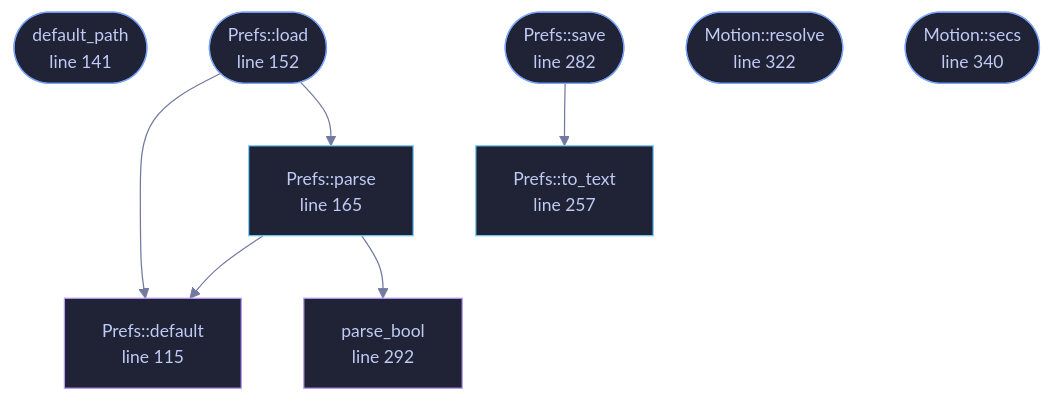
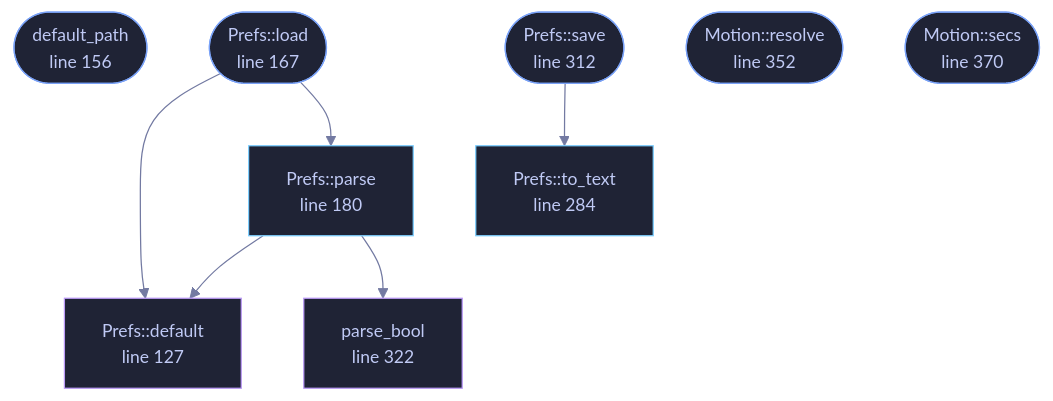
Before and after one commit to tilas01/veilvoice: the diagram in docs/files/veilvoice-gui/prefs.md, drawn with Mermaid. The commit also changed other lines of this file and 48 other files, not shown here.

````diff
--- a/docs/files/veilvoice-gui/prefs.md
+++ b/docs/files/veilvoice-gui/prefs.md
@@ -109,33 +109,33 @@
 ```mermaid
 %%{init: {"theme":"base","themeVariables":{"background":"#1a1b26","primaryColor":"#1f2335","primaryTextColor":"#c0caf5","primaryBorderColor":"#7aa2f7","secondaryColor":"#16161e","tertiaryColor":"#16161e","lineColor":"#737aa2","textColor":"#c0caf5","mainBkg":"#1f2335","nodeBorder":"#7aa2f7","clusterBkg":"#16161e","clusterBorder":"#2f3549","fontFamily":"ui-monospace, SFMono-Regular, Consolas, monospace","fontSize":"14px"}}}%%
 flowchart TD
-    n_default["Prefs::default<br/>line 115"]
-    n_default_path(["default_path<br/>line 141"])
-    n_load(["Prefs::load<br/>line 152"])
-    n_parse["Prefs::parse<br/>line 165"]
-    n_to_text["Prefs::to_text<br/>line 257"]
-    n_save(["Prefs::save<br/>line 282"])
-    n_parse_bool["parse_bool<br/>line 292"]
-    n_resolve(["Motion::resolve<br/>line 322"])
-    n_secs(["Motion::secs<br/>line 340"])
+    n_default["Prefs::default<br/>line 127"]
+    n_default_path(["default_path<br/>line 156"])
+    n_load(["Prefs::load<br/>line 167"])
+    n_parse["Prefs::parse<br/>line 180"]
+    n_to_text["Prefs::to_text<br/>line 284"]
+    n_save(["Prefs::save<br/>line 312"])
+    n_parse_bool["parse_bool<br/>line 322"]
+    n_resolve(["Motion::resolve<br/>line 352"])
+    n_secs(["Motion::secs<br/>line 370"])
     n_load --> n_default
     n_load --> n_parse
     n_parse --> n_default
     n_parse --> n_parse_bool
     n_save --> n_to_text
-    click n_default href "https://github.com/tilas01/veilvoice/blob/main/crates/veilvoice-gui/src/prefs.rs#L115" "open the source"
-    click n_default_path href "https://github.com/tilas01/veilvoice/blob/main/crates/veilvoice-gui/src/prefs.rs#L141" "open the source"
-    click n_load href "https://github.com/tilas01/veilvoice/blob/main/crates/veilvoice-gui/src/prefs.rs#L152" "open the source"
-    click n_parse href "https://github.com/tilas01/veilvoice/blob/main/crates/veilvoice-gui/src/prefs.rs#L165" "open the source"
-    click n_to_text href "https://github.com/tilas01/veilvoice/blob/main/crates/veilvoice-gui/src/prefs.rs#L257" "open the source"
-    click n_save href "https://github.com/tilas01/veilvoice/blob/main/crates/veilvoice-gui/src/prefs.rs#L282" "open the source"
-    click n_parse_bool href "https://github.com/tilas01/veilvoice/blob/main/crates/veilvoice-gui/src/prefs.rs#L292" "open the source"
-    click n_resolve href "https://github.com/tilas01/veilvoice/blob/main/crates/veilvoice-gui/src/prefs.rs#L322" "open the source"
-    click n_secs href "https://github.com/tilas01/veilvoice/blob/main/crates/veilvoice-gui/src/prefs.rs#L340" "open the source"
+    click n_default href "https://github.com/tilas01/veilvoice/blob/main/crates/veilvoice-gui/src/prefs.rs#L127" "open the source"
+    click n_default_path href "https://github.com/tilas01/veilvoice/blob/main/crates/veilvoice-gui/src/prefs.rs#L156" "open the source"
+    click n_load href "https://github.com/tilas01/veilvoice/blob/main/crates/veilvoice-gui/src/prefs.rs#L167" "open the source"
+    click n_parse href "https://github.com/tilas01/veilvoice/blob/main/crates/veilvoice-gui/src/prefs.rs#L180" "open the source"
+    click n_to_text href "https://github.com/tilas01/veilvoice/blob/main/crates/veilvoice-gui/src/prefs.rs#L284" "open the source"
+    click n_save href "https://github.com/tilas01/veilvoice/blob/main/crates/veilvoice-gui/src/prefs.rs#L312" "open the source"
+    click n_parse_bool href "https://github.com/tilas01/veilvoice/blob/main/crates/veilvoice-gui/src/prefs.rs#L322" "open the source"
+    click n_resolve href "https://github.com/tilas01/veilvoice/blob/main/crates/veilvoice-gui/src/prefs.rs#L352" "open the source"
+    click n_secs href "https://github.com/tilas01/veilvoice/blob/main/crates/veilvoice-gui/src/prefs.rs#L370" "open the source"
     classDef entry fill:#1f2335,stroke:#7aa2f7,color:#c0caf5
     class n_default_path,n_load,n_save,n_resolve,n_secs entry
     classDef api fill:#1f2335,stroke:#7dcfff,color:#c0caf5
     class n_parse,n_to_text api
     classDef helper fill:#1f2335,stroke:#bb9af7,color:#c0caf5
     class n_default,n_parse_bool helper
 ```
````
